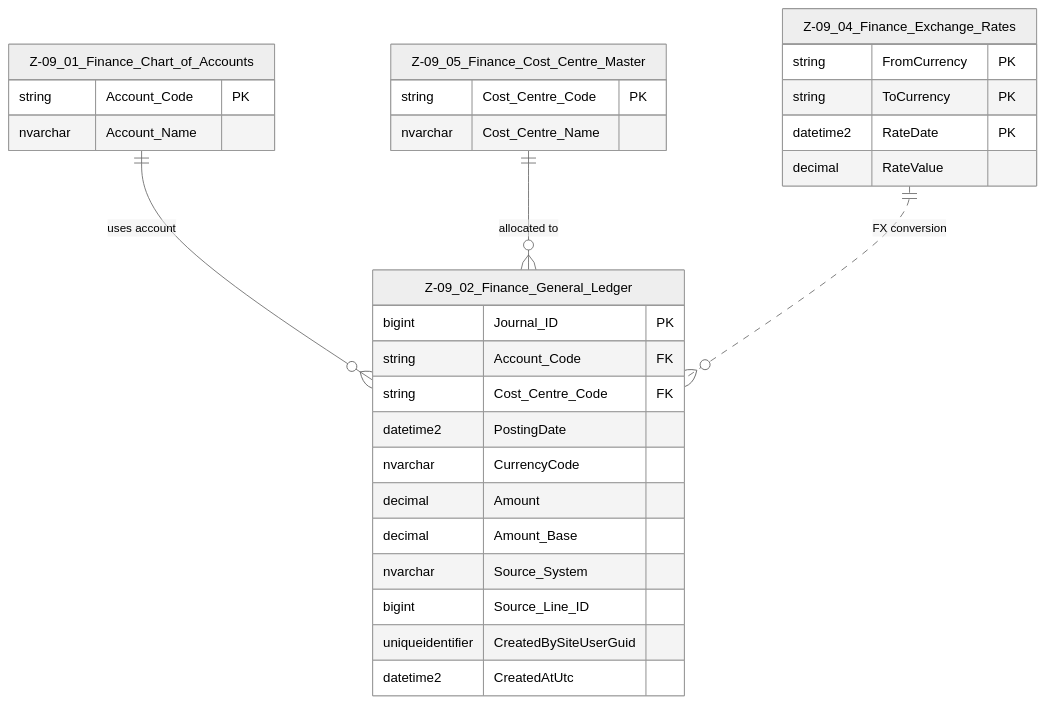
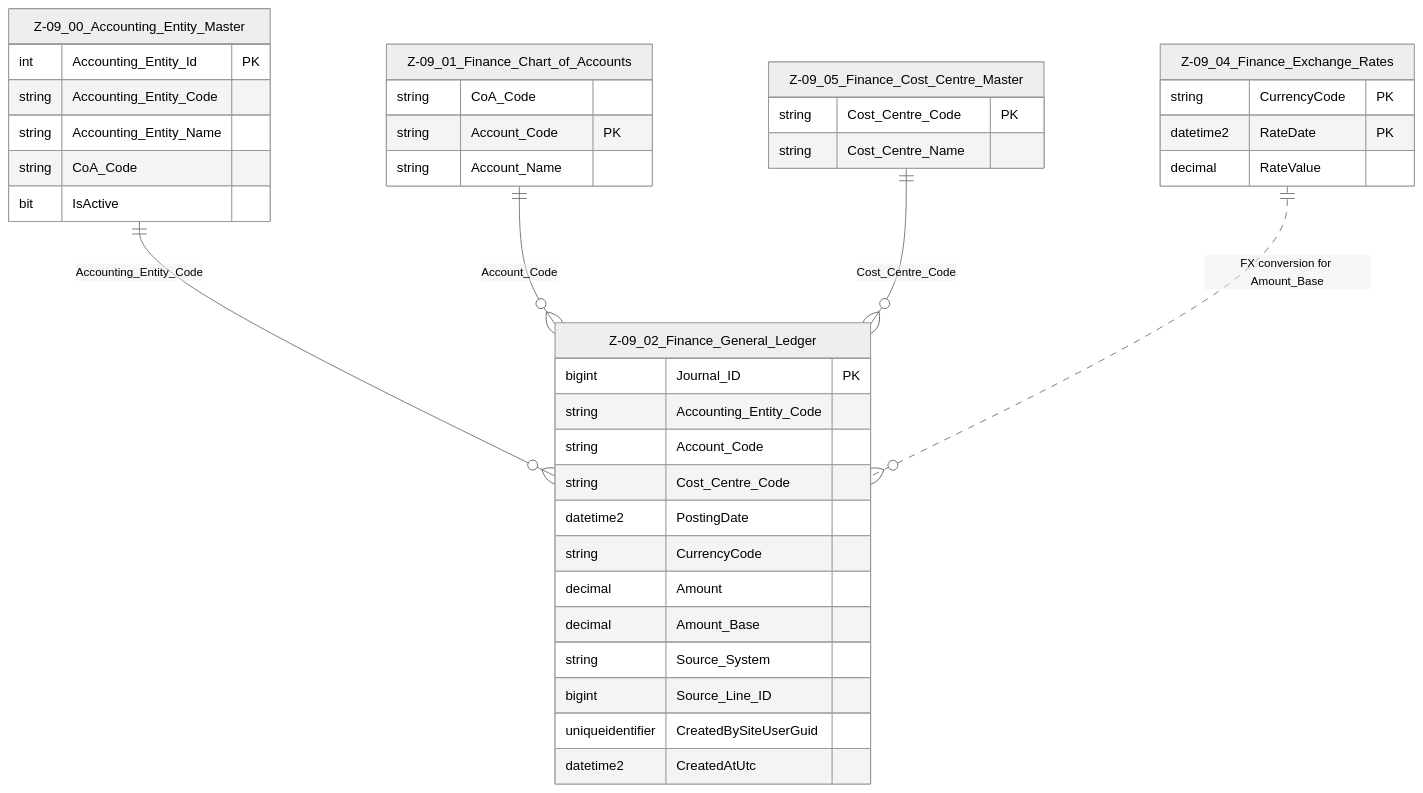
The diagram in 100 DATA MODELLING/Z- Data Entites/Finance Domain/Z-09.02 Finance_General_Ledger.md (NeilWP/SUSTINA_CAB), drawn with Mermaid (neutral theme) before and after one commit. The commit also changed other lines of this file and 7 other files, not shown here.

Commit message:
Updating ERD for FINANCE  Domain

````diff
--- a/100 DATA MODELLING/Z- Data Entites/Finance Domain/Z-09.02 Finance_General_Ledger.md
+++ b/100 DATA MODELLING/Z- Data Entites/Finance Domain/Z-09.02 Finance_General_Ledger.md
@@ -15,46 +51,66 @@
 ```mermaid
 erDiagram
-    %% ===========================
-    %% FOCAL ENTITY: GENERAL LEDGER
-    %% ===========================
+
+    %% =======================================
+    %% GENERAL LEDGER CORE
+    %% =======================================
     Z-09_02_Finance_General_Ledger {
         bigint Journal_ID PK
-        string Account_Code FK
-        string Cost_Centre_Code FK
+        string Accounting_Entity_Code
+        string Account_Code
+        string Cost_Centre_Code
         datetime2 PostingDate
-        nvarchar CurrencyCode
+        string CurrencyCode
         decimal Amount
         decimal Amount_Base
-        nvarchar Source_System
+        string Source_System
         bigint Source_Line_ID
         uniqueidentifier CreatedBySiteUserGuid
         datetime2 CreatedAtUtc
     }
 
-    %% ===========================
-    %% DIRECT REFERENCES (STUBS)
-    %% ===========================
-    Z-09_01_Finance_Chart_of_Accounts {
-        string Account_Code PK
-        nvarchar Account_Name
+    %% =======================================
+    %% ACCOUNTING ENTITY MASTER
+    %% =======================================
+    Z-09_00_Accounting_Entity_Master {
+        int Accounting_Entity_Id PK
+        string Accounting_Entity_Code
+        string Accounting_Entity_Name
+        string CoA_Code
+        bit IsActive
     }
 
+    %% =======================================
+    %% CHART OF ACCOUNTS
+    %% =======================================
+    Z-09_01_Finance_Chart_of_Accounts {
+        string CoA_Code
+        string Account_Code PK
+        string Account_Name
+    }
+
+    %% =======================================
+    %% COST CENTRE MASTER
+    %% =======================================
     Z-09_05_Finance_Cost_Centre_Master {
         string Cost_Centre_Code PK
-        nvarchar Cost_Centre_Name
+        string Cost_Centre_Name
     }
 
+    %% =======================================
+    %% EXCHANGE RATES
+    %% =======================================
     Z-09_04_Finance_Exchange_Rates {
-        string FromCurrency PK
-        string ToCurrency PK
+        string CurrencyCode PK
         datetime2 RateDate PK
         decimal RateValue
     }
 
-    %% ===========================
-    %% RELATIONSHIPS (ONE TIER)
-    %% ===========================
-    Z-09_01_Finance_Chart_of_Accounts ||--o{ Z-09_02_Finance_General_Ledger : "uses account"
-    Z-09_05_Finance_Cost_Centre_Master ||--o{ Z-09_02_Finance_General_Ledger : "allocated to"
-    Z-09_04_Finance_Exchange_Rates ||..o{ Z-09_02_Finance_General_Ledger : "FX conversion"
+    %% =======================================
+    %% RELATIONSHIPS (ONE TIER, LOGICAL ONLY)
+    %% =======================================
+    Z-09_00_Accounting_Entity_Master ||--o{ Z-09_02_Finance_General_Ledger : "Accounting_Entity_Code"
+    Z-09_01_Finance_Chart_of_Accounts ||--o{ Z-09_02_Finance_General_Ledger : "Account_Code"
+    Z-09_05_Finance_Cost_Centre_Master ||--o{ Z-09_02_Finance_General_Ledger : "Cost_Centre_Code"
+    Z-09_04_Finance_Exchange_Rates ||..o{ Z-09_02_Finance_General_Ledger : "FX conversion for Amount_Base"
 ```
````
